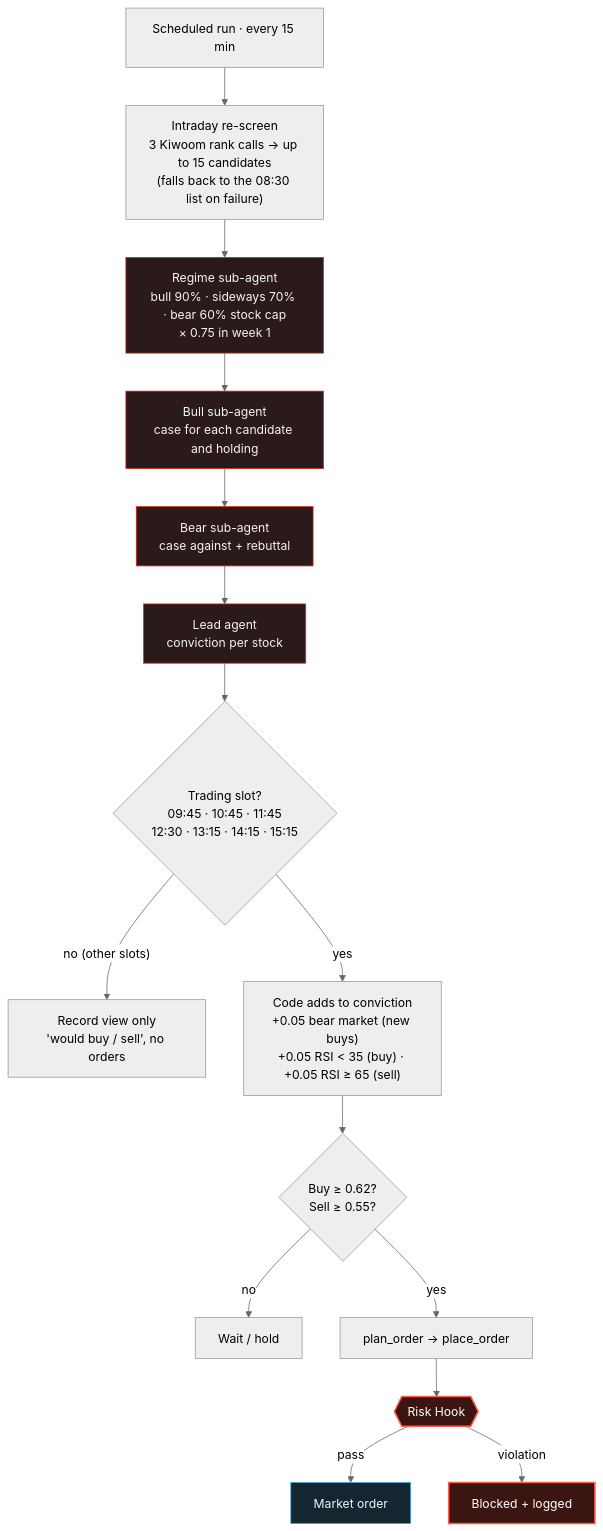
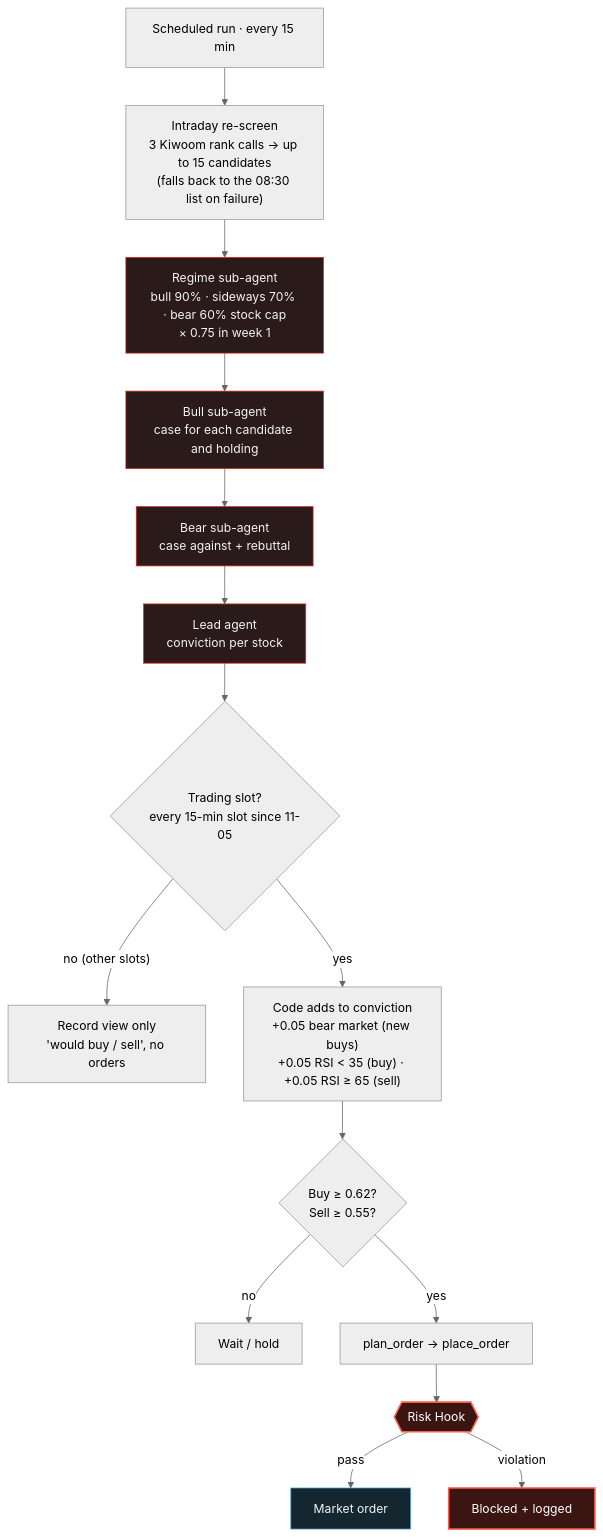
Before and after one commit to isopink/hynix-298f: the diagram in assets/diagrams/decision.en.mmd, drawn with Mermaid (neutral theme). The commit also changed 7 other files, not shown here.

First line of the commit message:
Docs: every slot trades, same-day rebuy ban

```diff
--- a/assets/diagrams/decision.en.mmd
+++ b/assets/diagrams/decision.en.mmd
@@ -1,21 +1,21 @@
 flowchart TB
     S["Scheduled run · every 15 min"] --> P["Intraday re-screen<br/>3 Kiwoom rank calls → up to 15 candidates<br/>(falls back to the 08:30 list on failure)"]
     P --> G["Regime sub-agent<br/>bull 90% · sideways 70% · bear 60% stock cap<br/>× 0.75 in week 1"]
     G --> B["Bull sub-agent<br/>case for each candidate and holding"]
     B --> R["Bear sub-agent<br/>case against + rebuttal"]
     R --> L["Lead agent<br/>conviction per stock"]
-    L --> T{"Trading slot?<br/>09:45 · 10:45 · 11:45<br/>12:30 · 13:15 · 14:15 · 15:15"}
+    L --> T{"Trading slot?<br/>every 15-min slot since 11-05"}
     T -- "no (other slots)" --> V["Record view only<br/>'would buy / sell', no orders"]
     T -- yes --> C["Code adds to conviction<br/>+0.05 bear market (new buys)<br/>+0.05 RSI < 35 (buy) · +0.05 RSI ≥ 65 (sell)"]
     C --> Q{"Buy ≥ 0.62?<br/>Sell ≥ 0.55?"}
     Q -- no --> W["Wait / hold"]
     Q -- yes --> Z["plan_order → place_order"]
     Z --> H{{"Risk Hook"}}
     H -- pass --> O["Market order"]
     H -- violation --> X["Blocked + logged"]
     classDef agent fill:#2a1a1a,stroke:#da291c,color:#f3f3f3
     classDef hook fill:#3a1512,stroke:#ff5a4a,stroke-width:2px,color:#ffffff
     classDef ok fill:#14262f,stroke:#4aa3d4,color:#f3f3f3
     class G,B,R,L agent
     class H,X hook
     class O ok
```
